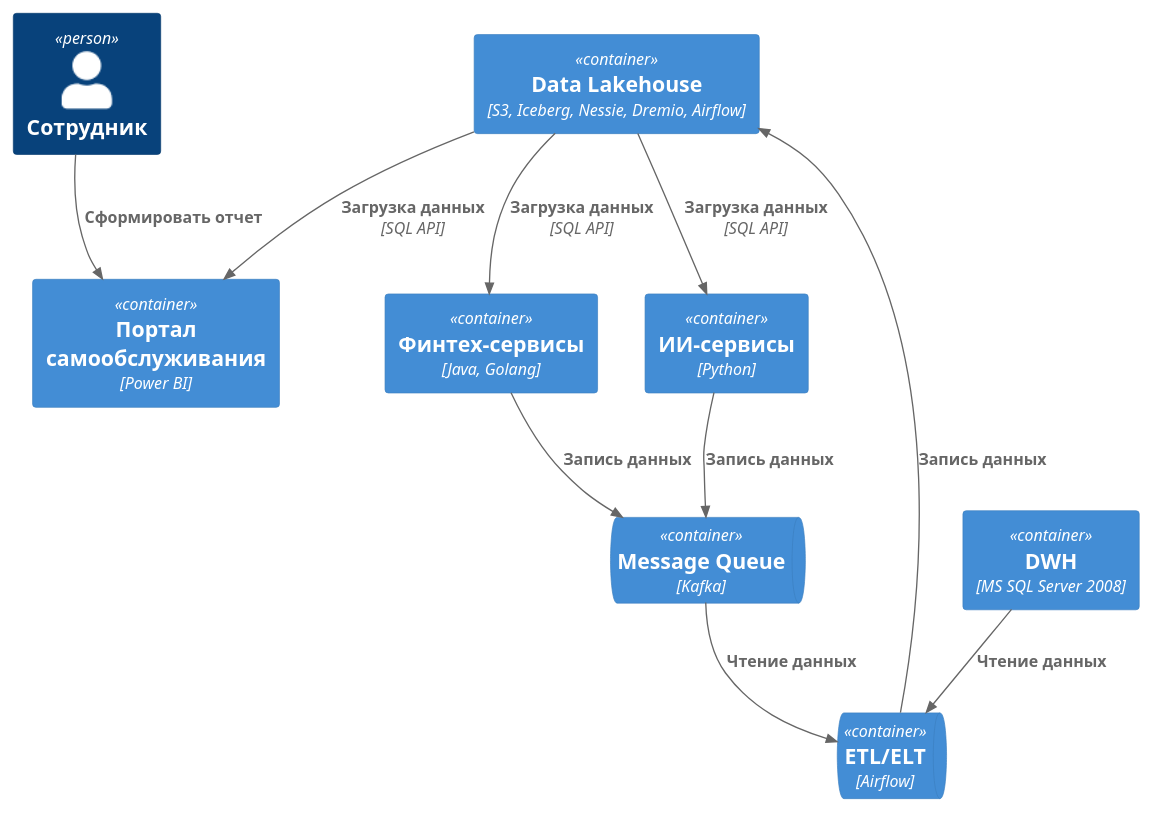
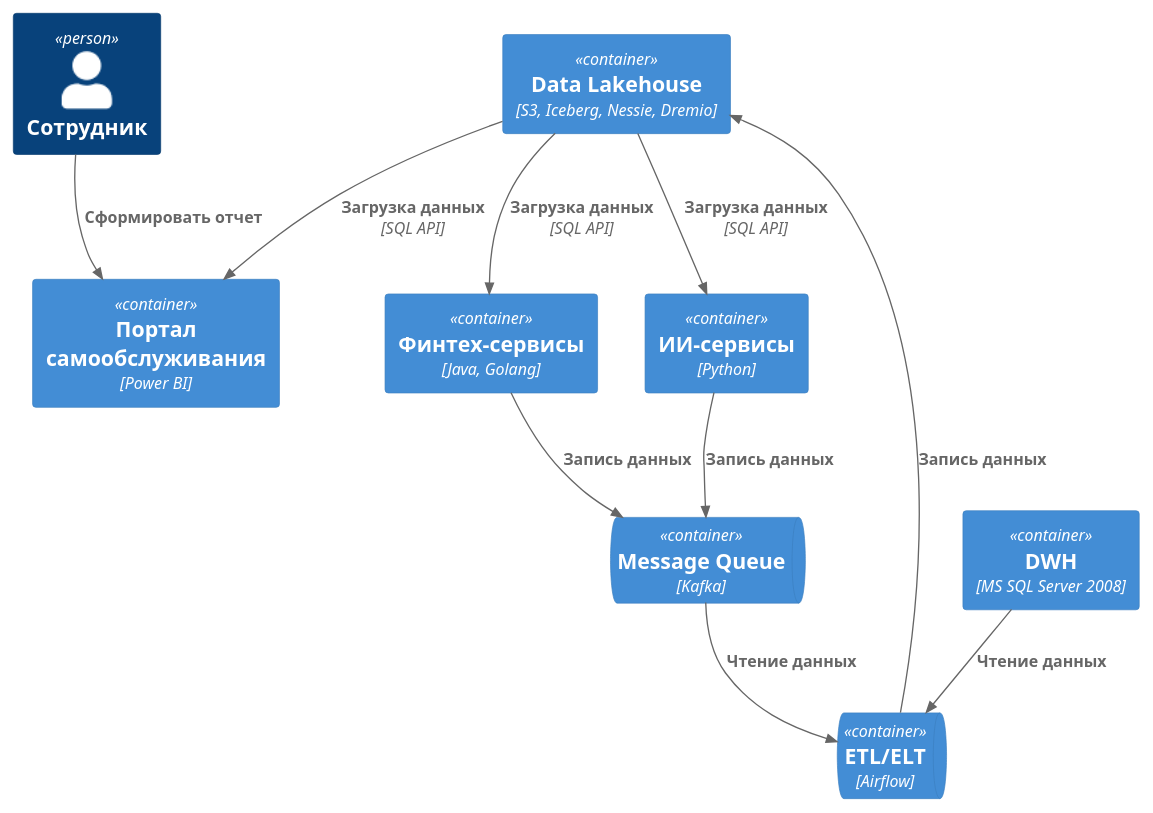
One commit to kihana/architecture-future_2_0 changed the diagram in Task1/Containers.puml. Above: the diagram before and after it, drawn with PlantUML. The commit also changed 1 other file, not shown here.

```diff
--- a/Task1/Containers.puml
+++ b/Task1/Containers.puml
@@ -1,25 +1,25 @@
 @startuml C4_ContextFuture2.0
 
 !include  https://raw.githubusercontent.com/plantuml-stdlib/C4-PlantUML/master/C4_Container.puml
 
 Person(client, "Сотрудник")
 
 Container(oldDwh, "DWH", "MS SQL Server 2008")
-Container(dataLakehouse, "Data Lakehouse", "S3, Iceberg, Nessie, Dremio, Airflow")
+Container(dataLakehouse, "Data Lakehouse", "S3, Iceberg, Nessie, Dremio")
 Container(powerBi, "Портал самообслуживания", "Power BI")
 Container(financeServices, "Финтех-сервисы", "Java, Golang")
 Container(aiServices, "ИИ-сервисы", "Python")
 ContainerQueue(airflow, "ETL/ELT", "Airflow")
 ContainerQueue(kafka, "Message Queue", "Kafka")
 
 Rel(client, powerBi, "Сформировать отчет")
 Rel(dataLakehouse, powerBi, "Загрузка данных", "SQL API")
 Rel(dataLakehouse, aiServices, "Загрузка данных", "SQL API")
 Rel(dataLakehouse, financeServices, "Загрузка данных", "SQL API")
 Rel(oldDwh, airflow, "Чтение данных")
 Rel(kafka, airflow, "Чтение данных")
 Rel(airflow, dataLakehouse, "Запись данных")
 Rel(financeServices, kafka, "Запись данных")
 Rel(aiServices, kafka, "Запись данных")
 
 @enduml
```
